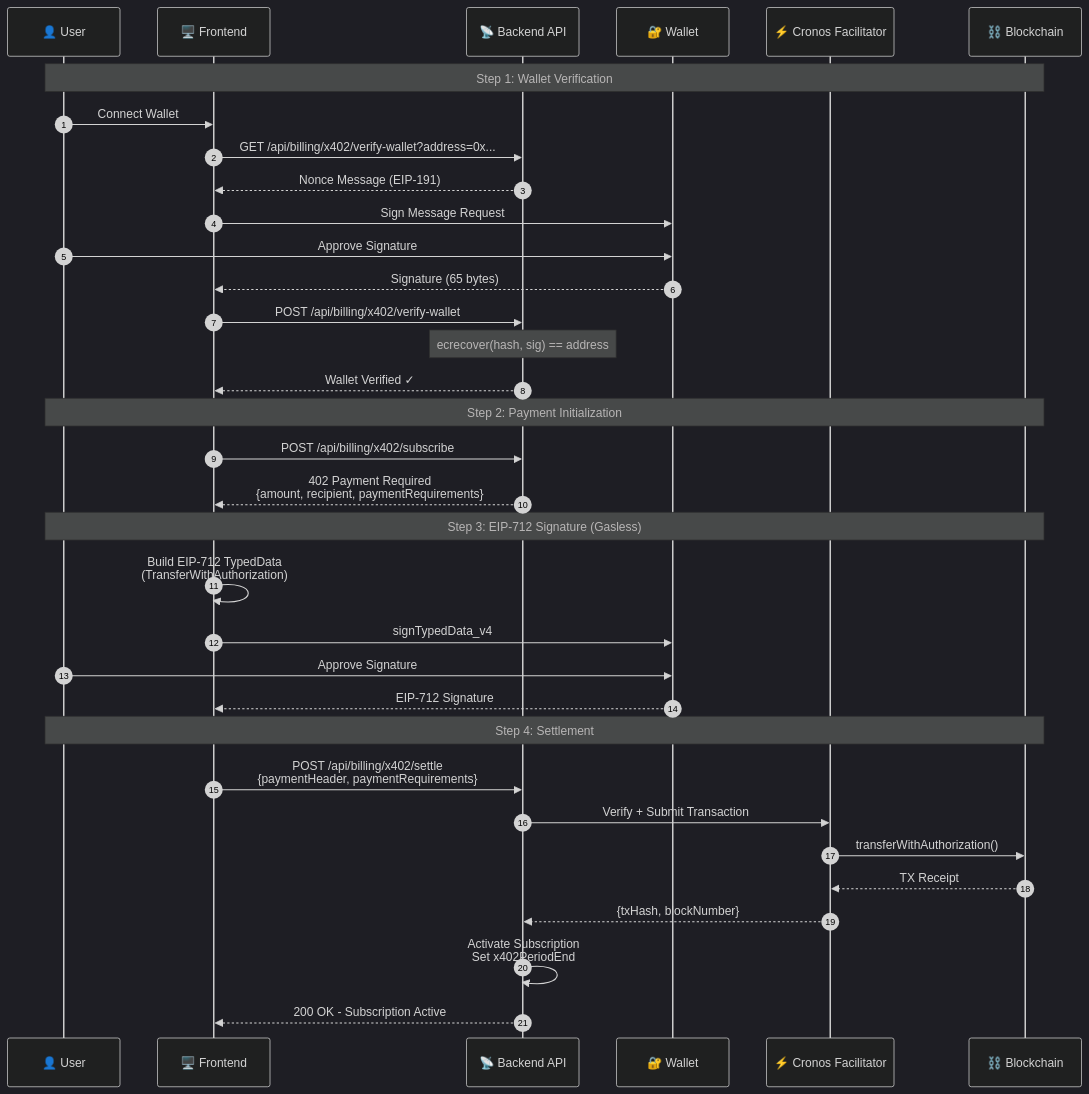
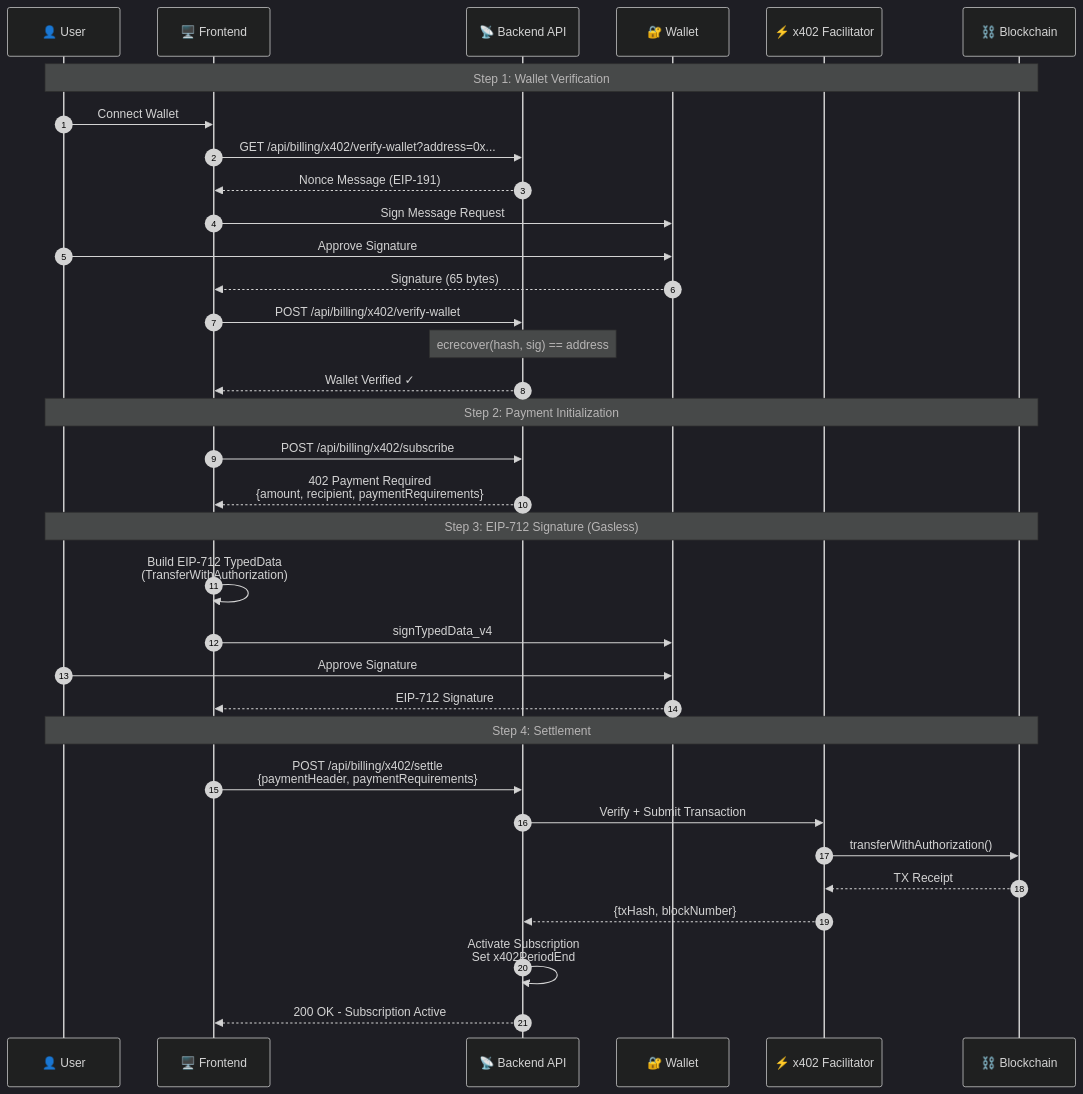
The fifth of 6 diagrams in README.md (sirath-network/barzakh-ai), drawn with Mermaid (dark theme) before and after one commit. The commit also changed other lines of this file and 30 other files, not shown here.

````diff
--- a/README.md
+++ b/README.md
@@ -575,43 +575,43 @@
 ```mermaid
 sequenceDiagram
     autonumber
     participant User as 👤 User
     participant Frontend as 🖥️ Frontend
     participant API as 📡 Backend API
     participant Wallet as 🔐 Wallet
-    participant Facilitator as ⚡ Cronos Facilitator
+    participant Facilitator as ⚡ x402 Facilitator
     participant Chain as ⛓️ Blockchain
 
     Note over User,Chain: Step 1: Wallet Verification
     User->>Frontend: Connect Wallet
     Frontend->>API: GET /api/billing/x402/verify-wallet?address=0x...
     API-->>Frontend: Nonce Message (EIP-191)
     
     Frontend->>Wallet: Sign Message Request
     User->>Wallet: Approve Signature
     Wallet-->>Frontend: Signature (65 bytes)
     
     Frontend->>API: POST /api/billing/x402/verify-wallet
     Note over API: ecrecover(hash, sig) == address
     API-->>Frontend: Wallet Verified ✓
 
     Note over User,Chain: Step 2: Payment Initialization
     Frontend->>API: POST /api/billing/x402/subscribe
     API-->>Frontend: 402 Payment Required<br/>{amount, recipient, paymentRequirements}
 
     Note over User,Chain: Step 3: EIP-712 Signature (Gasless)
     Frontend->>Frontend: Build EIP-712 TypedData<br/>(TransferWithAuthorization)
     Frontend->>Wallet: signTypedData_v4
     User->>Wallet: Approve Signature
     Wallet-->>Frontend: EIP-712 Signature
 
     Note over User,Chain: Step 4: Settlement
     Frontend->>API: POST /api/billing/x402/settle<br/>{paymentHeader, paymentRequirements}
     API->>Facilitator: Verify + Submit Transaction
     Facilitator->>Chain: transferWithAuthorization()
     Chain-->>Facilitator: TX Receipt
     Facilitator-->>API: {txHash, blockNumber}
     
     API->>API: Activate Subscription<br/>Set x402PeriodEnd
     API-->>Frontend: 200 OK - Subscription Active
 ```
````
